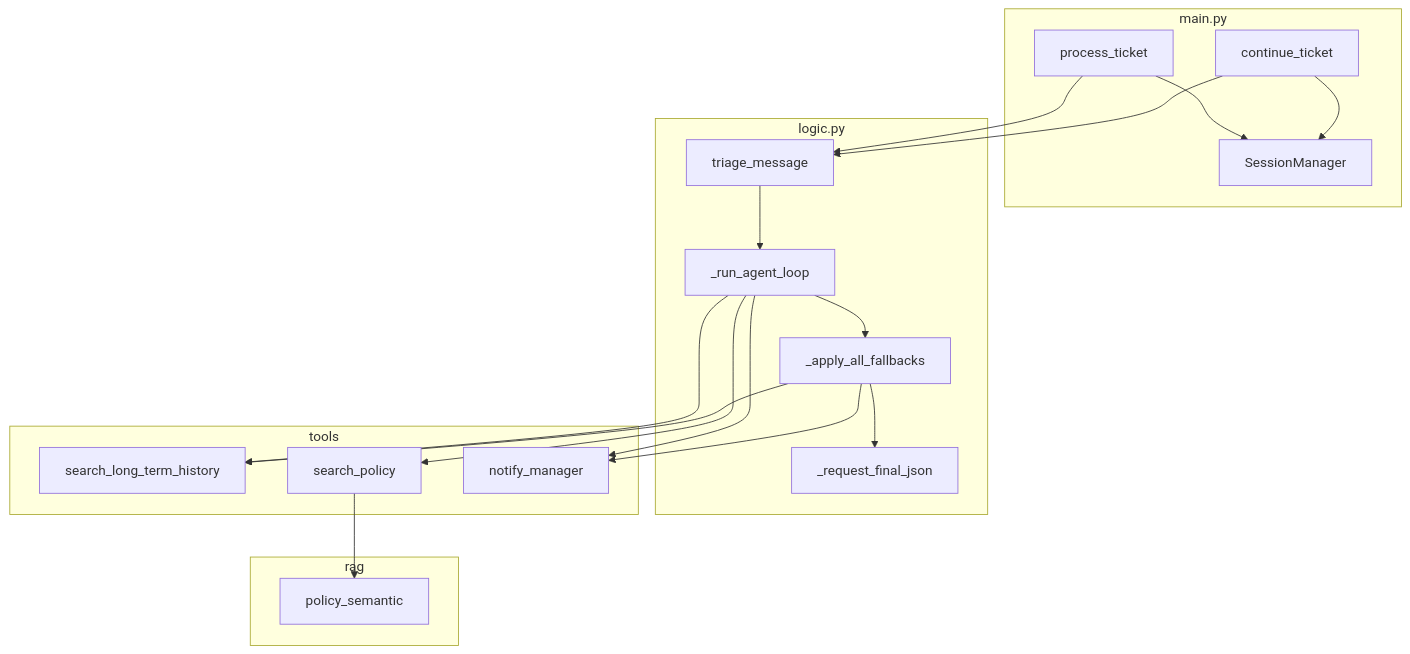
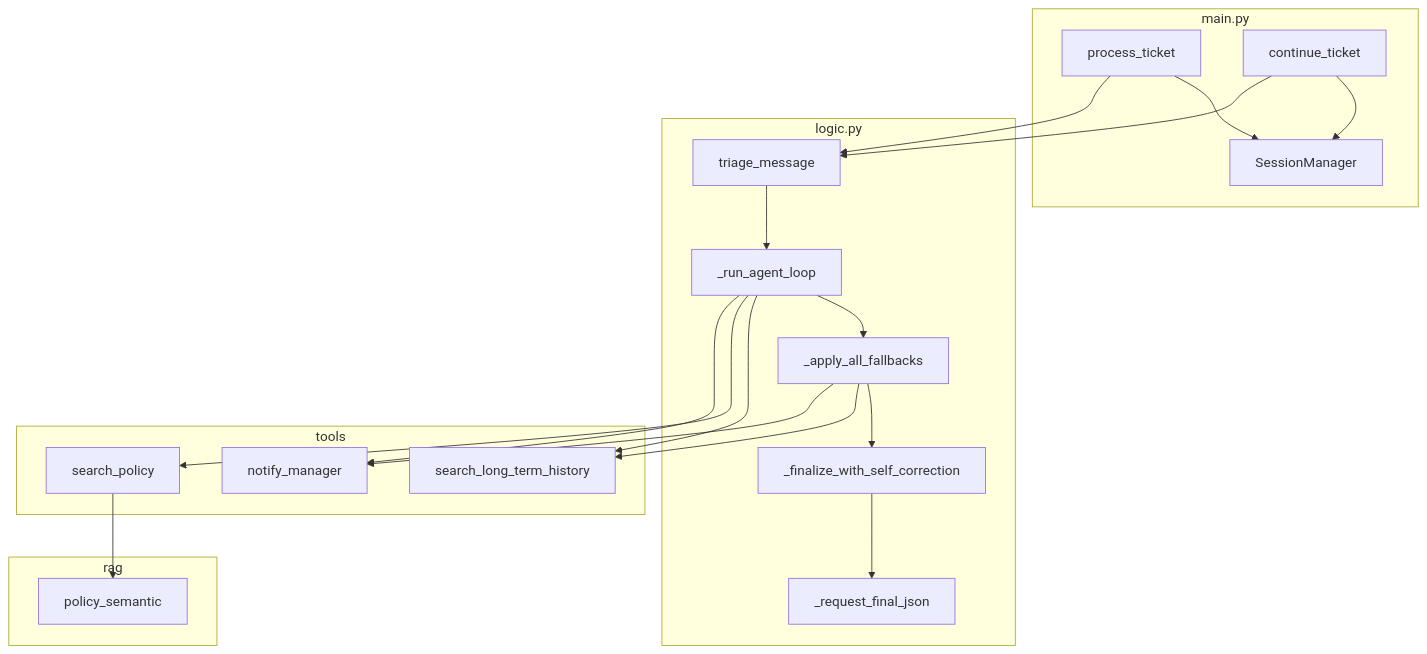
Before and after one commit to Impesud/agentic-triage-system: the first of 3 diagrams in README.md, drawn with Mermaid. The commit also changed other lines of this file and 9 other files, not shown here.

Commit message:
feat(lesson-11): self-correction loop e emergency fallback su soft errors

````diff
--- a/README.md
+++ b/README.md
@@ -43,34 +44,35 @@
 ```mermaid
 flowchart TB
     subgraph main_py [main.py]
         PT[process_ticket]
         CT[continue_ticket]
         SM[SessionManager]
         PT --> SM
         CT --> SM
     end
     subgraph logic_py [logic.py]
         TM[triage_message]
         Loop[_run_agent_loop]
         FB[_apply_all_fallbacks]
         TM --> Loop
         Loop --> FB
-        FB --> JSON[_request_final_json]
+        FB --> SC[_finalize_with_self_correction]
+        SC --> JSON[_request_final_json]
     end
     subgraph tools_pkg [tools]
         LTM[search_long_term_history]
         SP[search_policy]
         NM[notify_manager]
     end
     subgraph rag_pkg [rag]
         RAG[policy_semantic]
     end
     SP --> RAG
     PT --> TM
     CT --> TM
     Loop --> LTM
     Loop --> SP
     Loop --> NM
     FB --> LTM
     FB --> NM
 ```
````
